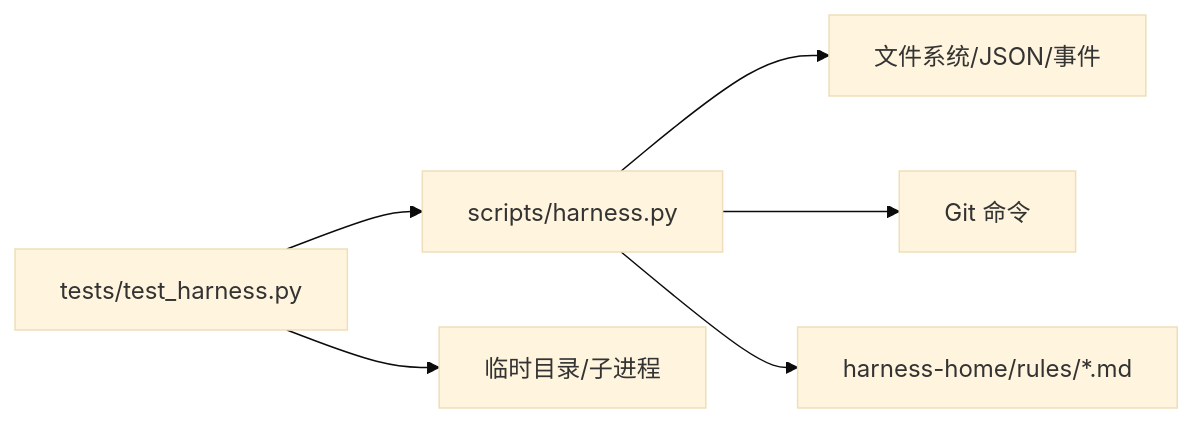
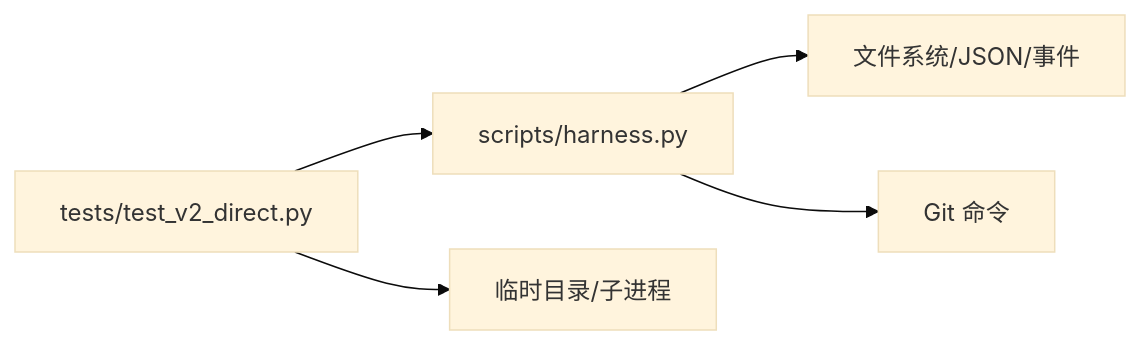
Before and after one commit to HackSing/docs-harness: the fourth of 4 diagrams in .qoder/repowiki/zh/content/开发者指南/测试策略.md, drawn with Mermaid (base theme). The commit also changed other lines of this file and 42 other files, not shown here.

````diff
--- a/.qoder/repowiki/zh/content/开发者指南/测试策略.md
+++ b/.qoder/repowiki/zh/content/开发者指南/测试策略.md
@@ -231,8 +218,7 @@
 ```mermaid
 graph LR
-Test["tests/test_harness.py"] --> CLI["scripts/harness.py"]
+Test["tests/test_v2_direct.py"] --> CLI["scripts/harness.py"]
 CLI --> FS["文件系统/JSON/事件"]
 CLI --> Git["Git 命令"]
-CLI --> Rules["harness-home/rules/*.md"]
 Test --> Temp["临时目录/子进程"]
 ```
````
